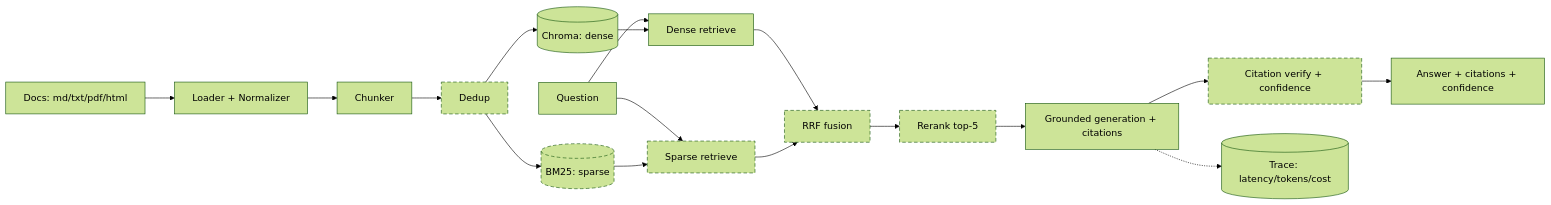
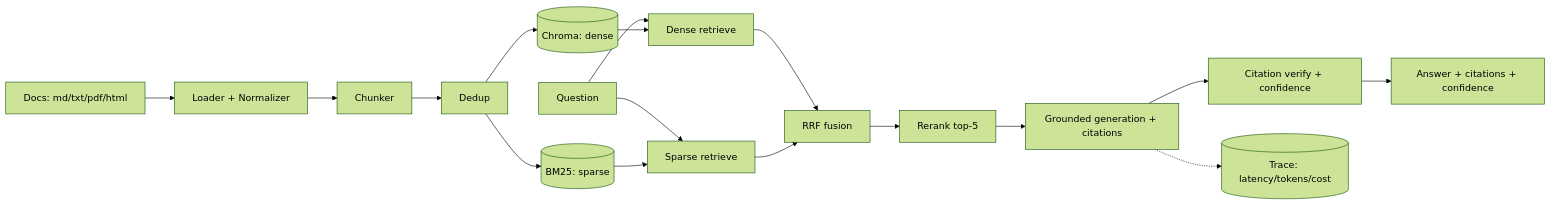
Before and after one commit to AlirezaAbedinii/rag-hybrid-search: the diagram in README.md, drawn with Mermaid (forest theme). The commit also changed other lines of this file and 7 other files, not shown here.

````diff
--- a/README.md
+++ b/README.md
@@ -24,21 +27,19 @@
 ```mermaid
 flowchart LR
     A[Docs: md/txt/pdf/html] --> B[Loader + Normalizer]
     B --> C[Chunker]
     C --> D[Dedup]
     D --> E[(Chroma: dense)]
     D --> F[(BM25: sparse)]
     Q[Question] --> G[Dense retrieve]
     Q --> H[Sparse retrieve]
     E --> G
     F --> H
     G --> I[RRF fusion]
     H --> I
     I --> J[Rerank top-5]
     J --> K[Grounded generation + citations]
     K --> L[Citation verify + confidence]
     L --> M[Answer + citations + confidence]
     K -.-> N[(Trace: latency/tokens/cost)]
-    classDef v1 stroke-dasharray: 6 4
-    class D,F,H,I,J,L v1
 ```
````
